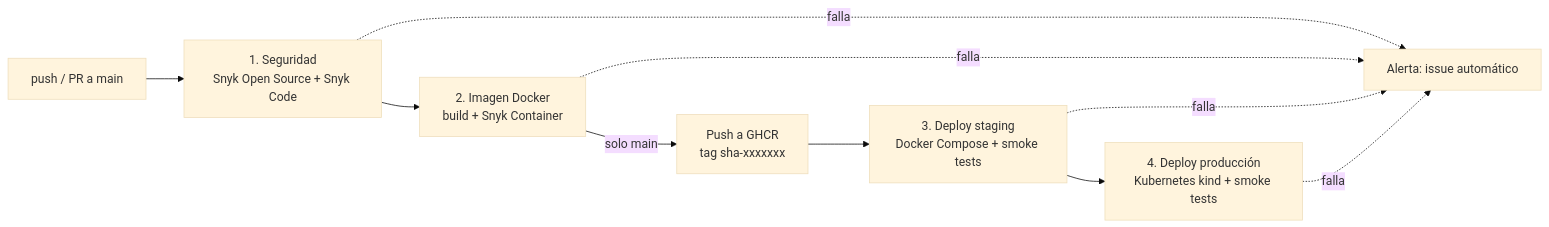
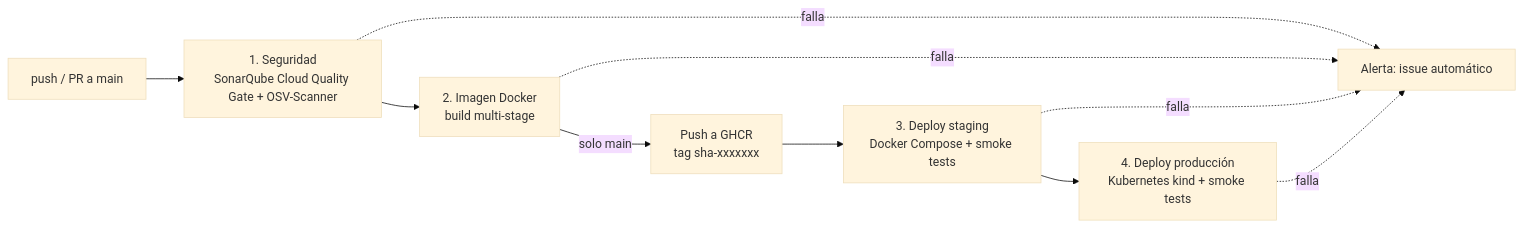
The diagram in README.md (panda2048-max/evaluacion2devops), drawn with Mermaid (base theme) before and after one commit. The commit also changed other lines of this file and 2 other files, not shown here.

Commit message:
cambiando metodo de analisis por SonarQube

````diff
--- a/README.md
+++ b/README.md
@@ -38,12 +38,12 @@
 ```mermaid
 flowchart LR
-    A[push / PR a main] --> C[1. Seguridad<br/>Snyk Open Source + Snyk Code]
-    C --> D[2. Imagen Docker<br/>build + Snyk Container]
+    A[push / PR a main] --> C[1. Seguridad<br/>SonarQube Cloud Quality Gate + OSV-Scanner]
+    C --> D[2. Imagen Docker<br/>build multi-stage]
     D -->|solo main| E[Push a GHCR<br/>tag sha-xxxxxxx]
     E --> F[3. Deploy staging<br/>Docker Compose + smoke tests]
     F --> G[4. Deploy producción<br/>Kubernetes kind + smoke tests]
     C -. falla .-> X[Alerta: issue automático]
     D -. falla .-> X
     F -. falla .-> X
     G -. falla .-> X
 ```
````
